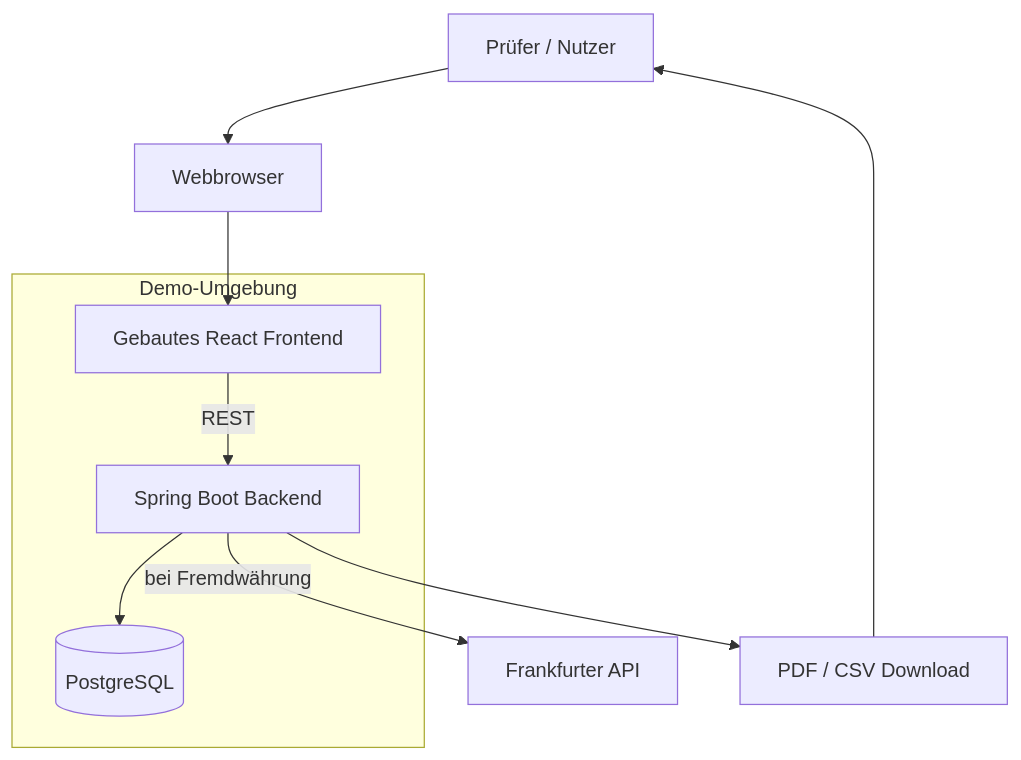
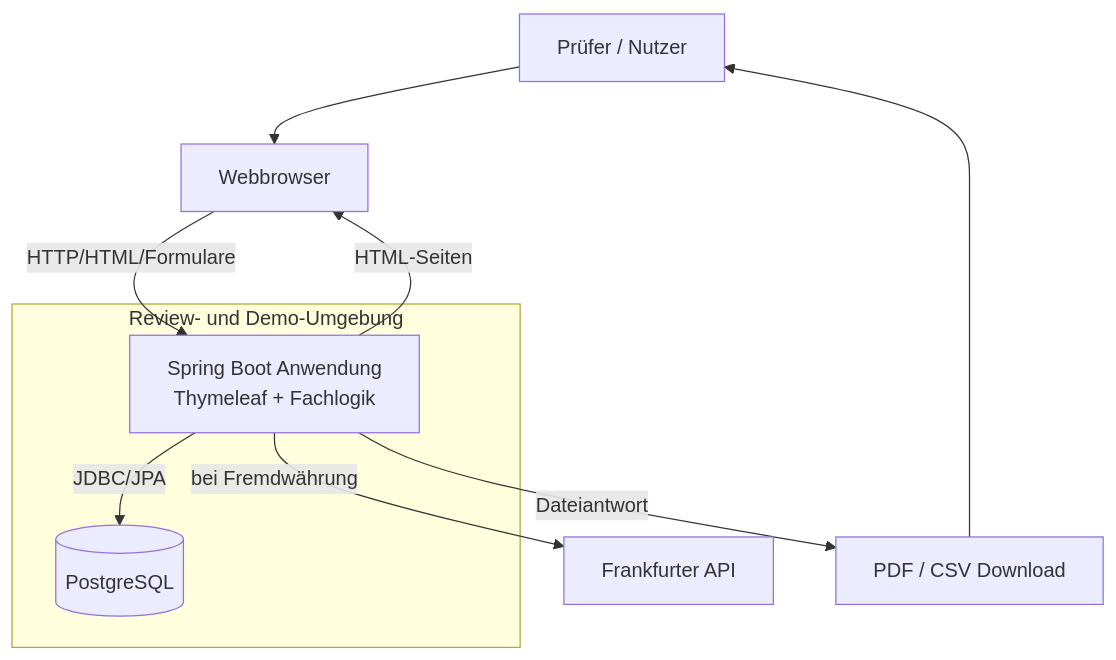
The second of 2 diagrams in Architektur/A07-deployment-view.md (Bunyamin0101/WK_1106_CampusSplit), drawn with Mermaid before and after one commit. The commit also changed other lines of this file, not shown here.

Commit message:
docs(arch): align A07 with thymeleaf deployment

````diff
--- a/Architektur/A07-deployment-view.md
+++ b/Architektur/A07-deployment-view.md
@@ -62,22 +65,21 @@
 ```mermaid
 flowchart TD
     USER[Prüfer / Nutzer]
     BROWSER[Webbrowser]
 
-    subgraph DEMO[Demo-Umgebung]
-        APPFE[Gebautes React Frontend]
-        APPBE[Spring Boot Backend]
-        APPDB[(PostgreSQL)]
+    subgraph DEMO[Review- und Demo-Umgebung]
+        APP[Spring Boot Anwendung\nThymeleaf + Fachlogik]
+        DB[(PostgreSQL)]
     end
 
     FX[Frankfurter API]
     FILE[PDF / CSV Download]
 
     USER --> BROWSER
-    BROWSER --> APPFE
-    APPFE -->|REST| APPBE
-    APPBE --> APPDB
-    APPBE -->|bei Fremdwährung| FX
-    APPBE --> FILE
+    BROWSER -->|HTTP/HTML/Formulare| APP
+    APP -->|HTML-Seiten| BROWSER
+    APP -->|JDBC/JPA| DB
+    APP -->|bei Fremdwährung| FX
+    APP -->|Dateiantwort| FILE
     FILE --> USER
 ```
````
